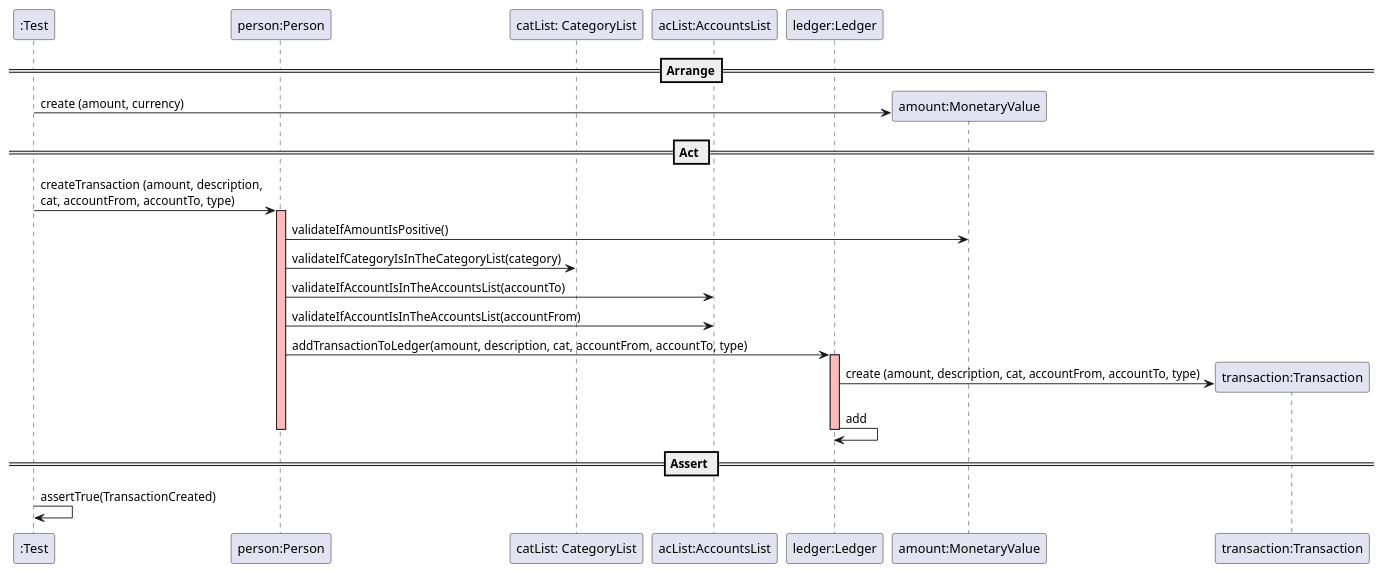
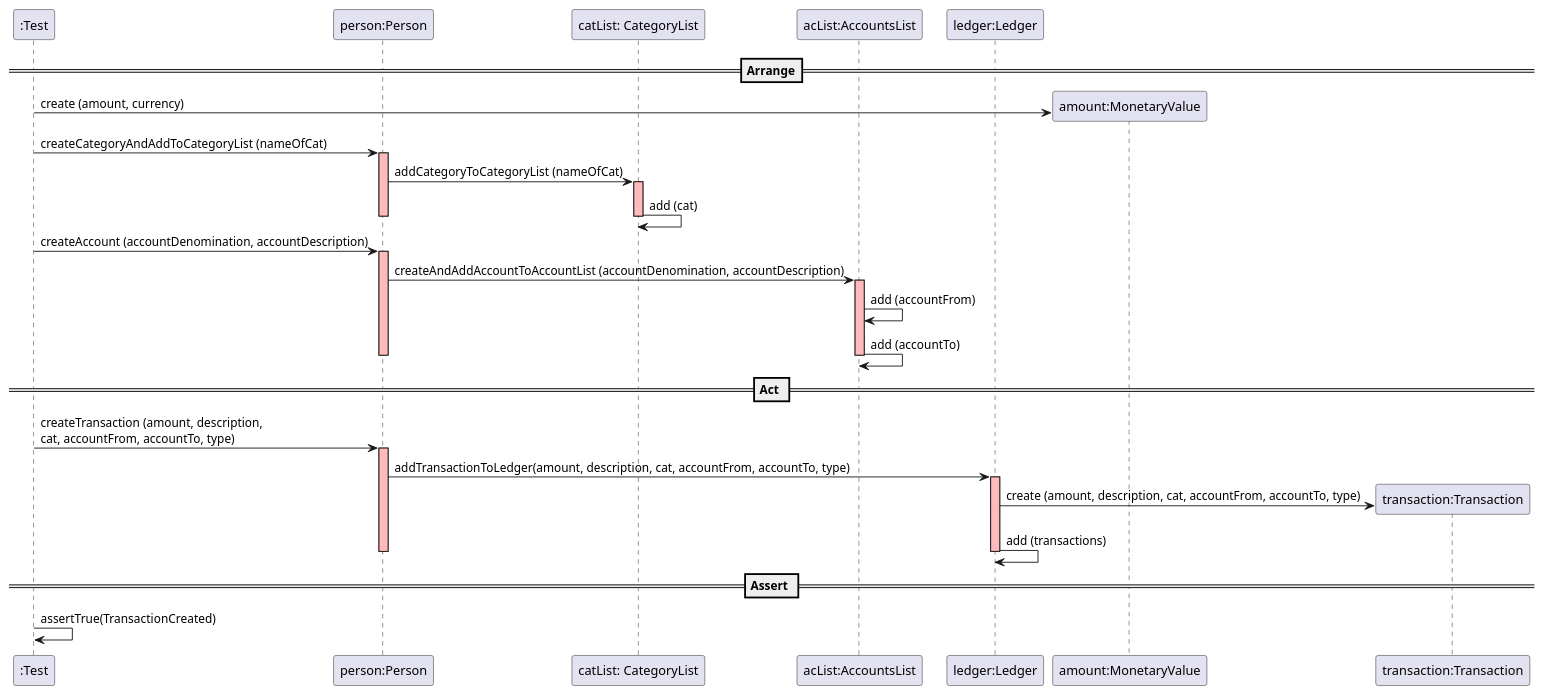
One commit to mleitaoribeiro/DevOpsMaven changed the diagram in docs/SequenceDiagram - US008.puml. Above: the diagram before and after it, drawn with PlantUML.

Commit message:
ref #231 - update

```diff
--- a/docs/SequenceDiagram - US008.puml
+++ b/docs/SequenceDiagram - US008.puml
@@ -1,39 +1,49 @@
   @startuml
 create ":Test"
 ==Arrange==
 create "person:Person"
 create "catList: CategoryList"
 create "acList:AccountsList"
 create "ledger:Ledger"
 
 create "amount:MonetaryValue"
 ":Test" -> "amount:MonetaryValue" : create (amount, currency)
 
+":Test" -> "person:Person" : createCategoryAndAddToCategoryList (nameOfCat)
+activate "person:Person"  #FFBBBB
+"person:Person" -> "catList: CategoryList" : addCategoryToCategoryList (nameOfCat)
+activate "catList: CategoryList"  #FFBBBB
+"catList: CategoryList" -> "catList: CategoryList": add (cat)
+deactivate "catList: CategoryList"  #FFBBBB
+deactivate "person:Person"  #FFBBBB
+
+":Test" -> "person:Person" : createAccount (accountDenomination, accountDescription)
+activate "person:Person"  #FFBBBB
+"person:Person" -> "acList:AccountsList" : createAndAddAccountToAccountList (accountDenomination, accountDescription)
+activate "acList:AccountsList"  #FFBBBB
+"acList:AccountsList" -> "acList:AccountsList": add (accountFrom)
+"acList:AccountsList" -> "acList:AccountsList": add (accountTo)
+deactivate "acList:AccountsList"  #FFBBBB
+deactivate "person:Person"  #FFBBBB
+
+
 == Act ==
 
 ":Test" -> "person:Person" : createTransaction (amount, description, \ncat, accountFrom, accountTo, type)
 activate "person:Person"  #FFBBBB
-
-"person:Person" -> "amount:MonetaryValue" : validateIfAmountIsPositive()
-
-"person:Person" -> "catList: CategoryList" : validateIfCategoryIsInTheCategoryList(category)
-
-"person:Person" -> "acList:AccountsList" : validateIfAccountIsInTheAccountsList(accountTo)
-
-"person:Person" -> "acList:AccountsList" : validateIfAccountIsInTheAccountsList(accountFrom)
 
 "person:Person" -> "ledger:Ledger" : addTransactionToLedger(amount, description, cat, accountFrom, accountTo, type)
 activate "ledger:Ledger"  #FFBBBB
 
 create "transaction:Transaction"
 "ledger:Ledger" -> "transaction:Transaction" : create (amount, description, cat, accountFrom, accountTo, type)
 
-"ledger:Ledger" -> "ledger:Ledger": add
+"ledger:Ledger" -> "ledger:Ledger": add (transactions)
 deactivate "ledger:Ledger"  #FFBBBB
 deactivate "person:Person"  #FFBBBB
 
 == Assert ==
 
 ":Test" -> ":Test" : assertTrue(TransactionCreated)
 
 @enduml
```
